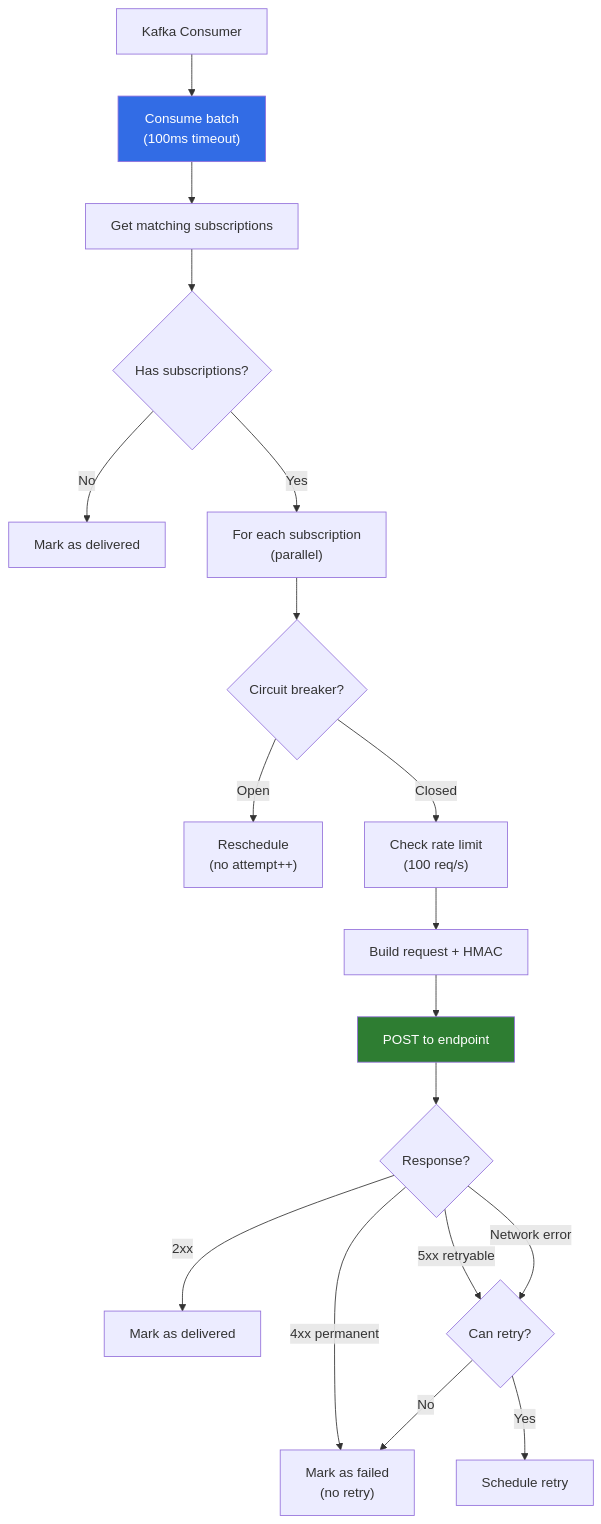
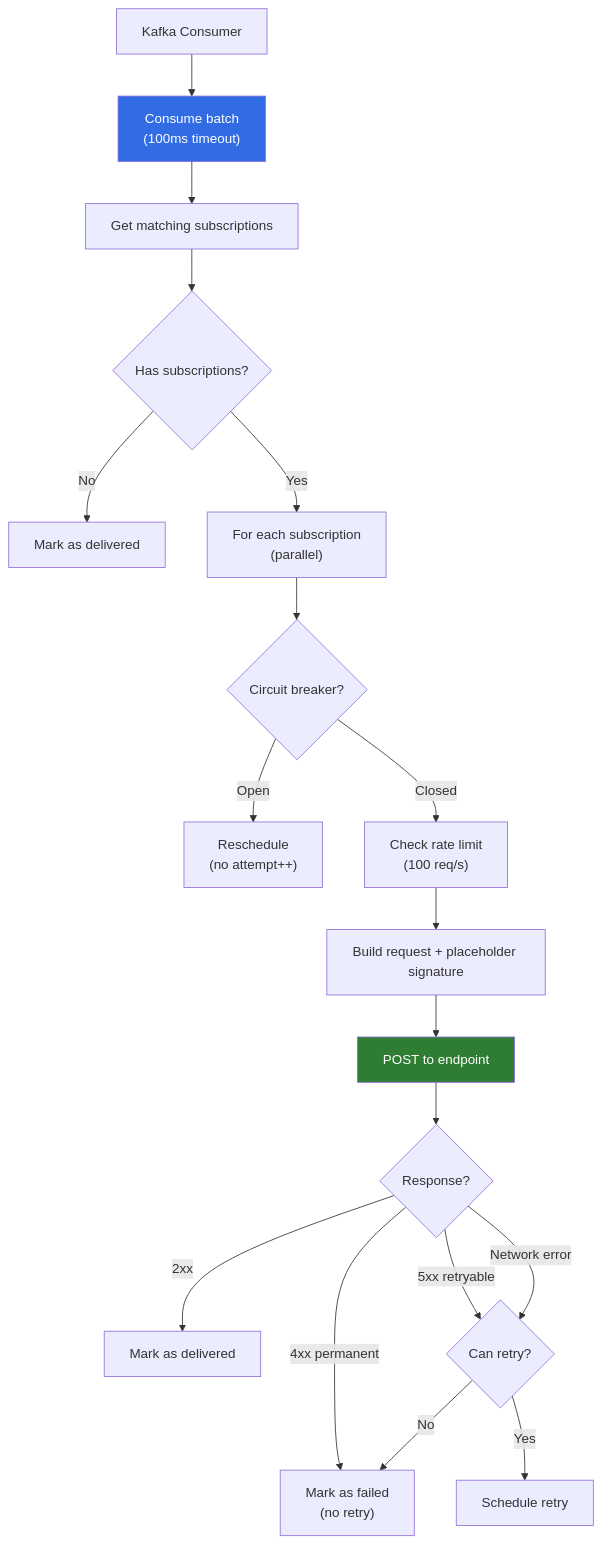
Before and after one commit to felipepmaragno/webhook-service: the ninth of 13 diagrams in docs/architecture.md, drawn with Mermaid. The commit also changed other lines of this file and 9 other files, not shown here.

````diff
--- a/docs/architecture.md
+++ b/docs/architecture.md
@@ -375,28 +375,28 @@
 ```mermaid
 flowchart TD
     A["Kafka Consumer"] --> B["Consume batch<br/>(100ms timeout)"]
     B --> C["Get matching subscriptions"]
     C --> D{"Has subscriptions?"}
     
     D -->|No| E["Mark as delivered"]
     D -->|Yes| F["For each subscription<br/>(parallel)"]
     
     F --> G{"Circuit breaker?"}
     G -->|Open| H["Reschedule<br/>(no attempt++)"]
     G -->|Closed| I["Check rate limit<br/>(100 req/s)"]
     
-    I --> J["Build request + HMAC"]
+    I --> J["Build request + placeholder signature"]
     J --> K["POST to endpoint"]
     
     K --> L{"Response?"}
     L -->|2xx| M["Mark as delivered"]
     L -->|4xx permanent| P["Mark as failed<br/>(no retry)"]
     L -->|5xx retryable| N{"Can retry?"}
     L -->|Network error| N
     
     N -->|Yes| O["Schedule retry"]
     N -->|No| P
     
     style B fill:#326ce5,color:#fff
     style K fill:#2e7d32,color:#fff
 ```
````
